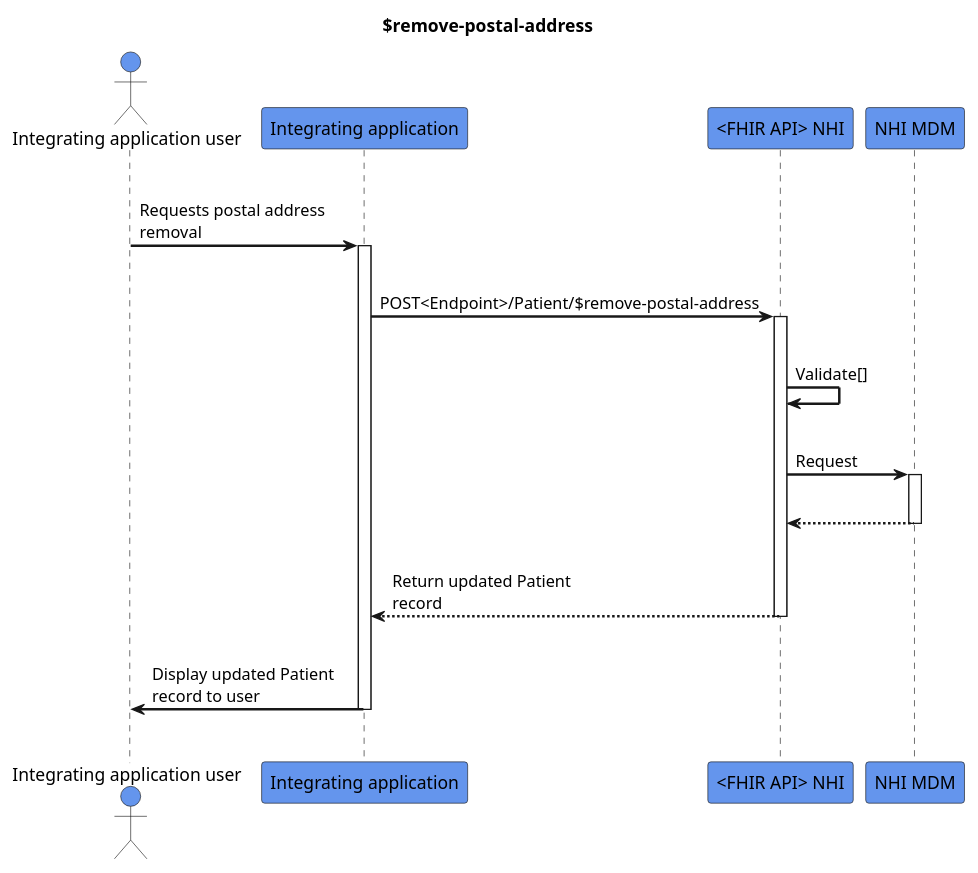
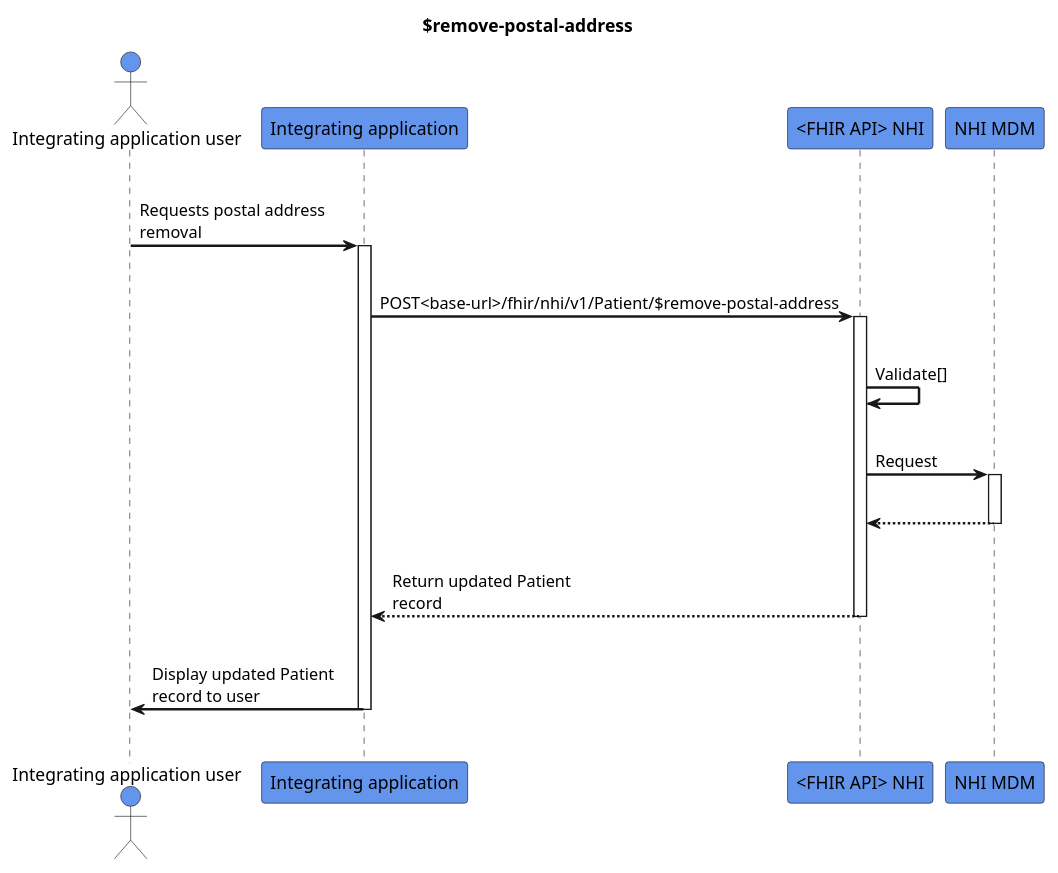
Before and after one commit to HL7NZ/nhi: the diagram in input/images-source/remove-postal-address.plantuml, drawn with PlantUML.

```diff
--- a/input/images-source/remove-postal-address.plantuml
+++ b/input/images-source/remove-postal-address.plantuml
@@ -1,32 +1,32 @@
 @startuml
 skinparam sequenceArrowThickness 2
 skinparam roundcorner 5
 skinparam maxmessagesize 180
 skinparam sequenceParticipant bold
 title $remove-postal-address
 actor "Integrating application user" as User #CornflowerBlue
 participant "Integrating application" as A #CornflowerBlue
 participant "<FHIR API> NHI" as B #CornflowerBlue
 participant "NHI MDM" as C #CornflowerBlue
 |||
 User -> A: Requests postal address removal
 activate A
 |||
-A -> B: POST<Endpoint>/Patient/$remove-postal-address
+A -> B: POST<base-url>/fhir/nhi/v1/Patient/$remove-postal-address
 activate B
 |||
 B -> B: Validate[]
 |||
 B -> C: Request
 activate C
 |||
 C -[dashed]-> B
 deactivate C
 |||
 B -[dashed]-> A: Return updated Patient record
 deactivate B
 |||
 A -> User: Display updated Patient record to user
 deactivate A
 |||
 @enduml
```
